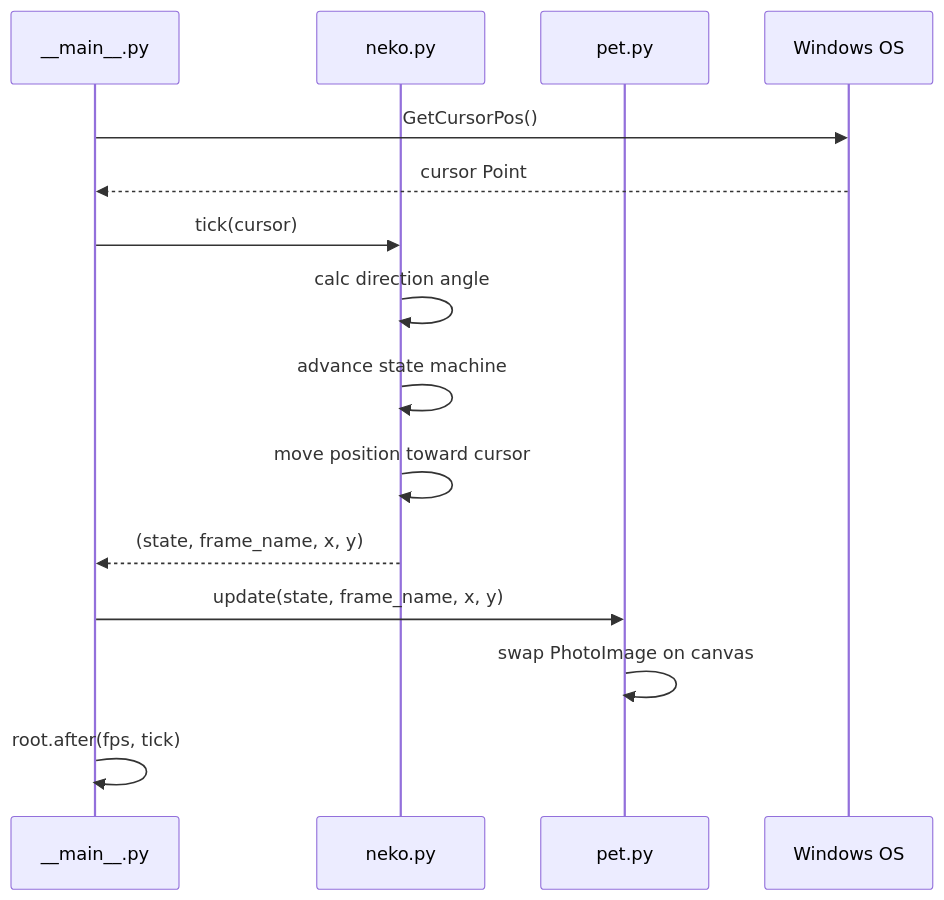
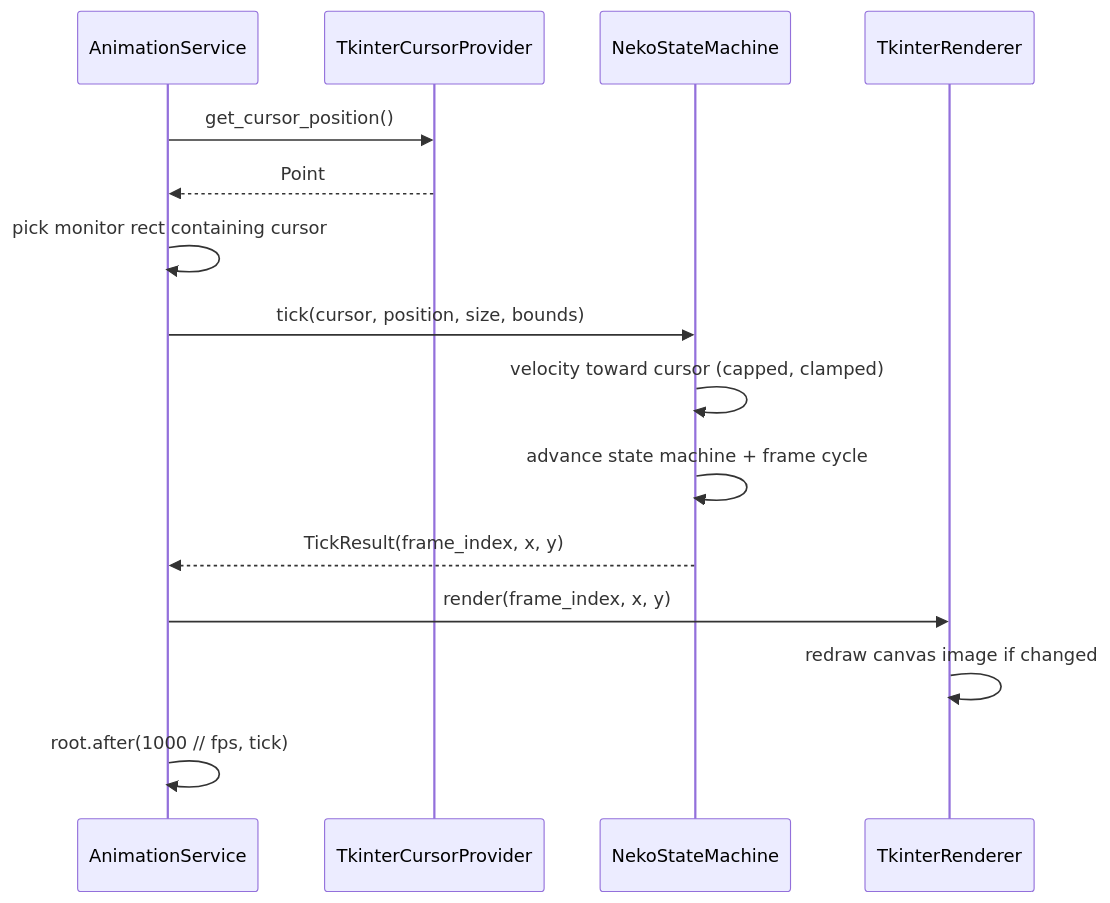
The second of 2 diagrams in .agents/summary/workflows.md (tajas20006/neko2020), drawn with Mermaid before and after one commit. The commit also changed other lines of this file and 10 other files, not shown here.

First line of the commit message:
docs: refresh CLAUDE.md, AGENTS.md, and .agents/summary for layered architecture

````diff
--- a/.agents/summary/workflows.md
+++ b/.agents/summary/workflows.md
@@ -31,18 +33,18 @@
 ```mermaid
 sequenceDiagram
-    participant Main as __main__.py
-    participant Neko as neko.py
-    participant Pet as pet.py
-    participant OS as Windows OS
+    participant Service as AnimationService
+    participant Cursor as TkinterCursorProvider
+    participant SM as NekoStateMachine
+    participant Renderer as TkinterRenderer
 
-    Main->>OS: GetCursorPos()
-    OS-->>Main: cursor Point
-    Main->>Neko: tick(cursor)
-    Neko->>Neko: calc direction angle
-    Neko->>Neko: advance state machine
-    Neko->>Neko: move position toward cursor
-    Neko-->>Main: (state, frame_name, x, y)
-    Main->>Pet: update(state, frame_name, x, y)
-    Pet->>Pet: swap PhotoImage on canvas
-    Main->>Main: root.after(fps, tick)
+    Service->>Cursor: get_cursor_position()
+    Cursor-->>Service: Point
+    Service->>Service: pick monitor rect containing cursor
+    Service->>SM: tick(cursor, position, size, bounds)
+    SM->>SM: velocity toward cursor (capped, clamped)
+    SM->>SM: advance state machine + frame cycle
+    SM-->>Service: TickResult(frame_index, x, y)
+    Service->>Renderer: render(frame_index, x, y)
+    Renderer->>Renderer: redraw canvas image if changed
+    Service->>Service: root.after(1000 // fps, tick)
 ```
````
